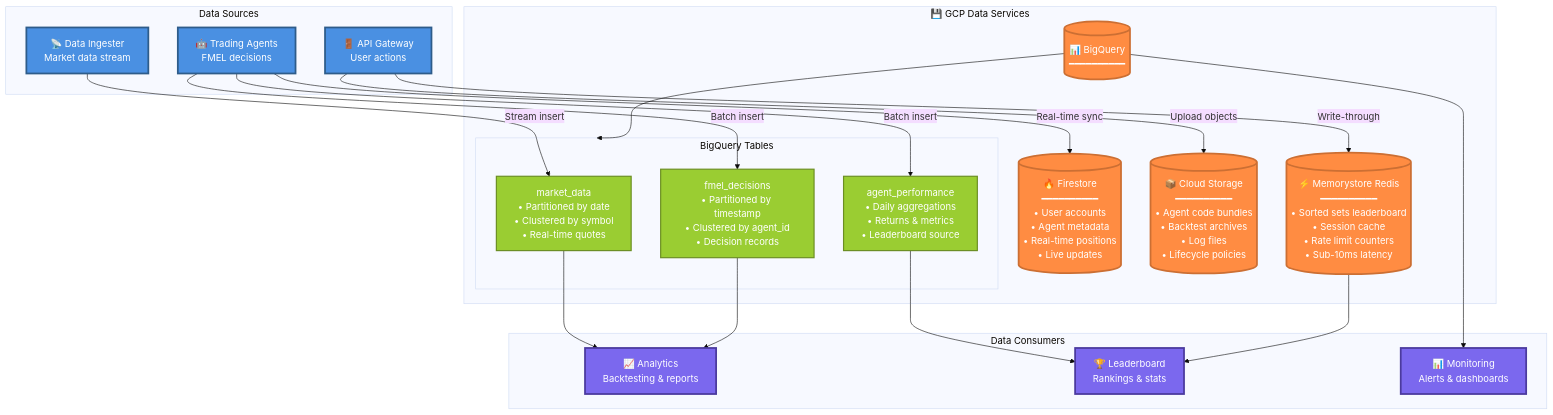
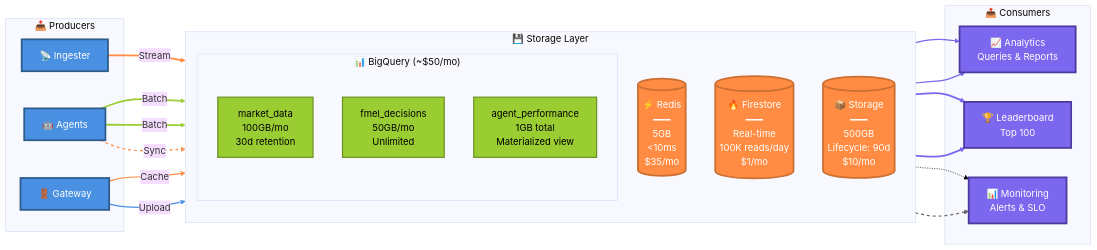
One commit to Spooky-Labs/The-Farm-Mark-II changed the seventh of 7 diagrams in README.md. Above: the diagram before and after it, drawn with Mermaid (base theme). The commit also changed other lines of this file, not shown here.

````diff
--- a/README.md
+++ b/README.md
@@ -205,57 +462,59 @@
 ```mermaid
-flowchart TB
-    subgraph sources["Data Sources"]
-        ingester["📡 Data Ingester<br/>Market data stream"]
-        traders["🤖 Trading Agents<br/>FMEL decisions"]
-        gateway["🚪 API Gateway<br/>User actions"]
+graph LR
+    subgraph producers["📥 Producers"]
+        ing["📡 Ingester"]
+        agents["🤖 Agents"]
+        gw["🚪 Gateway"]
     end
 
-    subgraph storage["💾 GCP Data Services"]
-        bq[("📊 BigQuery<br/>━━━━━━━━━━")]
+    subgraph storage["💾 Storage Layer"]
+        direction TB
 
-        subgraph tables["BigQuery Tables"]
-            market["market_data<br/>• Partitioned by date<br/>• Clustered by symbol<br/>• Real-time quotes"]
-            fmel["fmel_decisions<br/>• Partitioned by timestamp<br/>• Clustered by agent_id<br/>• Decision records"]
-            perf["agent_performance<br/>• Daily aggregations<br/>• Returns & metrics<br/>• Leaderboard source"]
+        subgraph bq["📊 BigQuery (~$50/mo)"]
+            t1["market_data<br/>100GB/mo<br/>30d retention"]
+            t2["fmel_decisions<br/>50GB/mo<br/>Unlimited"]
+            t3["agent_performance<br/>1GB total<br/>Materialized view"]
         end
 
-        redis[("⚡ Memorystore Redis<br/>━━━━━━━━━━<br/>• Sorted sets leaderboard<br/>• Session cache<br/>• Rate limit counters<br/>• Sub-10ms latency")]
+        redis[("⚡ Redis<br/>━━━<br/>5GB<br/><10ms<br/>$35/mo")]
 
-        firestore[("🔥 Firestore<br/>━━━━━━━━━━<br/>• User accounts<br/>• Agent metadata<br/>• Real-time positions<br/>• Live updates")]
+        fs[("🔥 Firestore<br/>━━━<br/>Real-time<br/>100K reads/day<br/>$1/mo")]
 
-        gcs[("📦 Cloud Storage<br/>━━━━━━━━━━<br/>• Agent code bundles<br/>• Backtest archives<br/>• Log files<br/>• Lifecycle policies")]
+        gcs[("📦 Storage<br/>━━━<br/>500GB<br/>Lifecycle: 90d<br/>$10/mo")]
     end
 
-    subgraph consumers["Data Consumers"]
-        analytics["📈 Analytics<br/>Backtesting & reports"]
-        leaderboard["🏆 Leaderboard<br/>Rankings & stats"]
-        monitoring["📊 Monitoring<br/>Alerts & dashboards"]
+    subgraph consumers["📤 Consumers"]
+        analytics["📈 Analytics<br/>Queries & Reports"]
+        leader["🏆 Leaderboard<br/>Top 100"]
+        monitor["📊 Monitoring<br/>Alerts & SLO"]
     end
 
-    ingester -->|"Stream insert"| market
-    traders -->|"Batch insert"| fmel
-    traders -->|"Batch insert"| perf
-    gateway -->|"Write-through"| redis
-    traders -->|"Real-time sync"| firestore
-    gateway -->|"Upload objects"| gcs
+    ing ==>|"Stream"| t1
+    agents ==>|"Batch"| t2 & t3
+    gw ==>|"Cache"| redis
+    agents -.->|"Sync"| fs
+    gw ==>|"Upload"| gcs
 
-    bq --> tables
+    t1 & t2 --> analytics
+    t3 & redis ==> leader
+    bq & redis -.-> monitor
 
-    market --> analytics
-    fmel --> analytics
-    perf --> leaderboard
-
-    redis --> leaderboard
-
-    bq --> monitoring
-
-    classDef sourceStyle fill:#4A90E2,stroke:#2E5C8A,stroke-width:3px,color:#fff
-    classDef dataStyle fill:#FF8C42,stroke:#CC6F33,stroke-width:3px,color:#fff
-    classDef tableStyle fill:#9ACD32,stroke:#6B8E23,stroke-width:2px,color:#fff
+    classDef prodStyle fill:#4A90E2,stroke:#2E5C8A,stroke-width:3px,color:#fff
+    classDef storageStyle fill:#FF8C42,stroke:#CC6F33,stroke-width:3px,color:#fff
+    classDef tableStyle fill:#9ACD32,stroke:#6B8E23,stroke-width:2px,color:#000
     classDef consumerStyle fill:#7B68EE,stroke:#4B3A9E,stroke-width:3px,color:#fff
 
-    class ingester,traders,gateway sourceStyle
-    class bq,redis,firestore,gcs dataStyle
-    class market,fmel,perf tableStyle
-    class analytics,leaderboard,monitoring consumerStyle
+    class ing,agents,gw prodStyle
+    class redis,fs,gcs storageStyle
+    class t1,t2,t3 tableStyle
+    class analytics,leader,monitor consumerStyle
+
+    linkStyle 0 stroke:#FF8C42,stroke-width:3px
+    linkStyle 1,2 stroke:#9ACD32,stroke-width:3px
+    linkStyle 3 stroke:#FF8C42,stroke-width:2px
+    linkStyle 4 stroke:#FF8C42,stroke-width:2px,stroke-dasharray: 5
+    linkStyle 5 stroke:#4A90E2,stroke-width:2px
+    linkStyle 6,7 stroke:#7B68EE,stroke-width:2px
+    linkStyle 8,9 stroke:#7B68EE,stroke-width:3px
+    linkStyle 10 stroke:#666,stroke-width:2px,stroke-dasharray: 5
 ```
````
